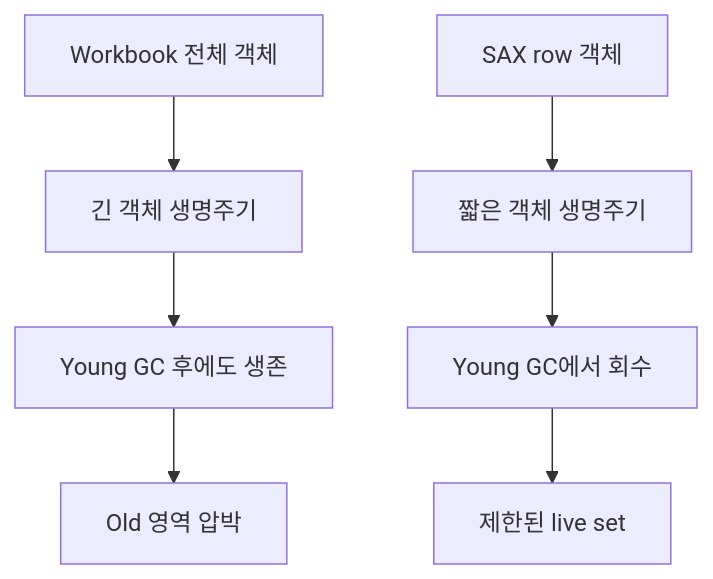
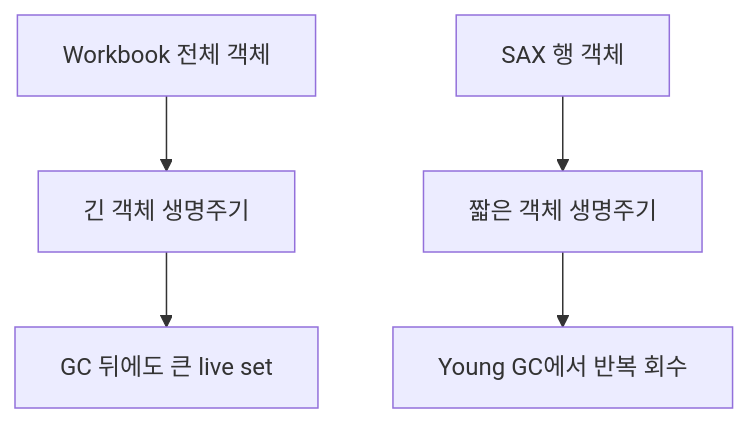
Before and after one commit to Joooooonha/excel-streaming-parser-study: the third of 4 diagrams in README.md, drawn with Mermaid. The commit also changed other lines of this file, not shown here.

````diff
--- a/README.md
+++ b/README.md
@@ -357,10 +114,7 @@
 ```mermaid
 flowchart TD
     A["Workbook 전체 객체"] --> B["긴 객체 생명주기"]
-    B --> C["Young GC 후에도 생존"]
-    C --> D["Old 영역 압박"]
-
-    E["SAX row 객체"] --> F["짧은 객체 생명주기"]
-    F --> G["Young GC에서 회수"]
-    G --> H["제한된 live set"]
+    B --> C["GC 뒤에도 큰 live set"]
+    D["SAX 행 객체"] --> E["짧은 객체 생명주기"]
+    E --> F["Young GC에서 반복 회수"]
 ```
````
